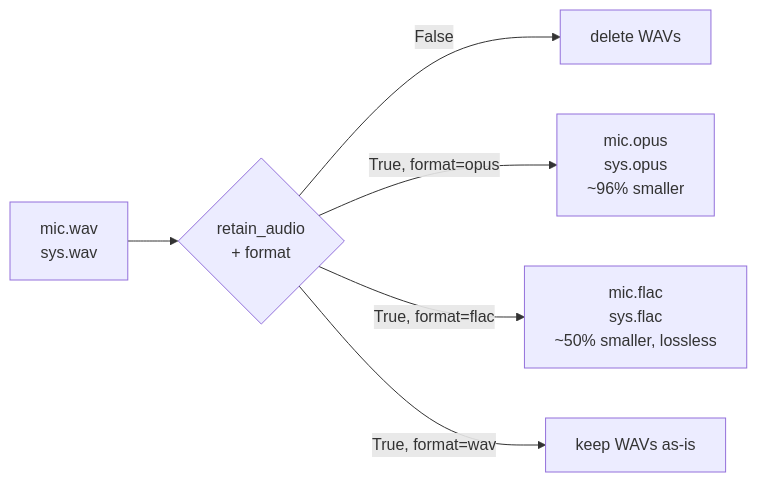
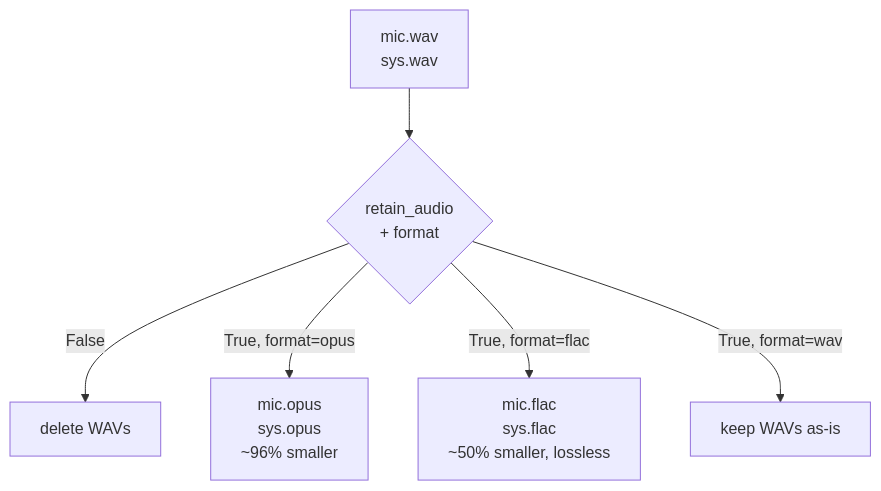
The third of 7 diagrams in README.md (aarondodd/meeting-notetaker), drawn with Mermaid before and after one commit. The commit also changed other lines of this file, not shown here.

First line of the commit message:
Mermaid: switch the remaining LR diagrams to TD for readability

````diff
--- a/README.md
+++ b/README.md
@@ -621,15 +621,15 @@
 ```mermaid
-flowchart LR
+flowchart TD
     wav[mic.wav<br/>sys.wav]
     decide{retain_audio<br/>+ format}
     delete[delete WAVs]
     opus[mic.opus<br/>sys.opus<br/>~96% smaller]
     flac[mic.flac<br/>sys.flac<br/>~50% smaller, lossless]
     keep_wav[keep WAVs as-is]
 
     wav --> decide
     decide -->|False| delete
     decide -->|True, format=opus| opus
     decide -->|True, format=flac| flac
     decide -->|True, format=wav| keep_wav
 ```
````
